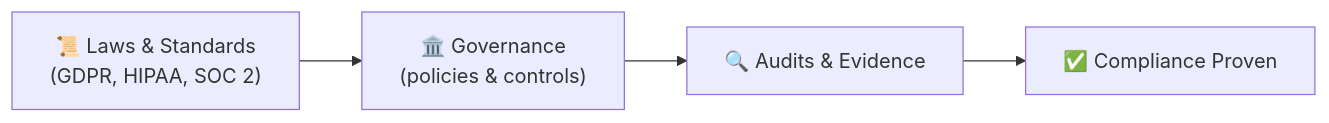
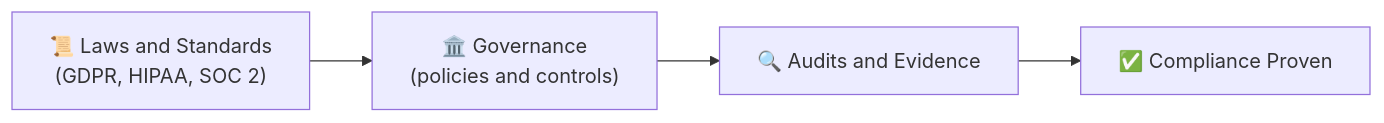
Before and after one commit to Prabakaran-MS/crashCourse: the first of 2 diagrams in Learning/Cloud-Computing/07-Security/compliance.md, drawn with Mermaid. The commit also changed other lines of this file and 84 other files, not shown here.

````diff
--- a/Learning/Cloud-Computing/07-Security/compliance.md
+++ b/Learning/Cloud-Computing/07-Security/compliance.md
@@ -20,6 +20,6 @@
 ```mermaid
 flowchart LR
-    Rules["📜 Laws & Standards\n(GDPR, HIPAA, SOC 2)"] --> Gov["🏛️ Governance\n(policies & controls)"]
-    Gov --> Audit["🔍 Audits & Evidence"]
+    Rules["📜 Laws and Standards<br/>(GDPR, HIPAA, SOC 2)"] --> Gov["🏛️ Governance<br/>(policies and controls)"]
+    Gov --> Audit["🔍 Audits and Evidence"]
     Audit --> Cert["✅ Compliance Proven"]
 ```
````
